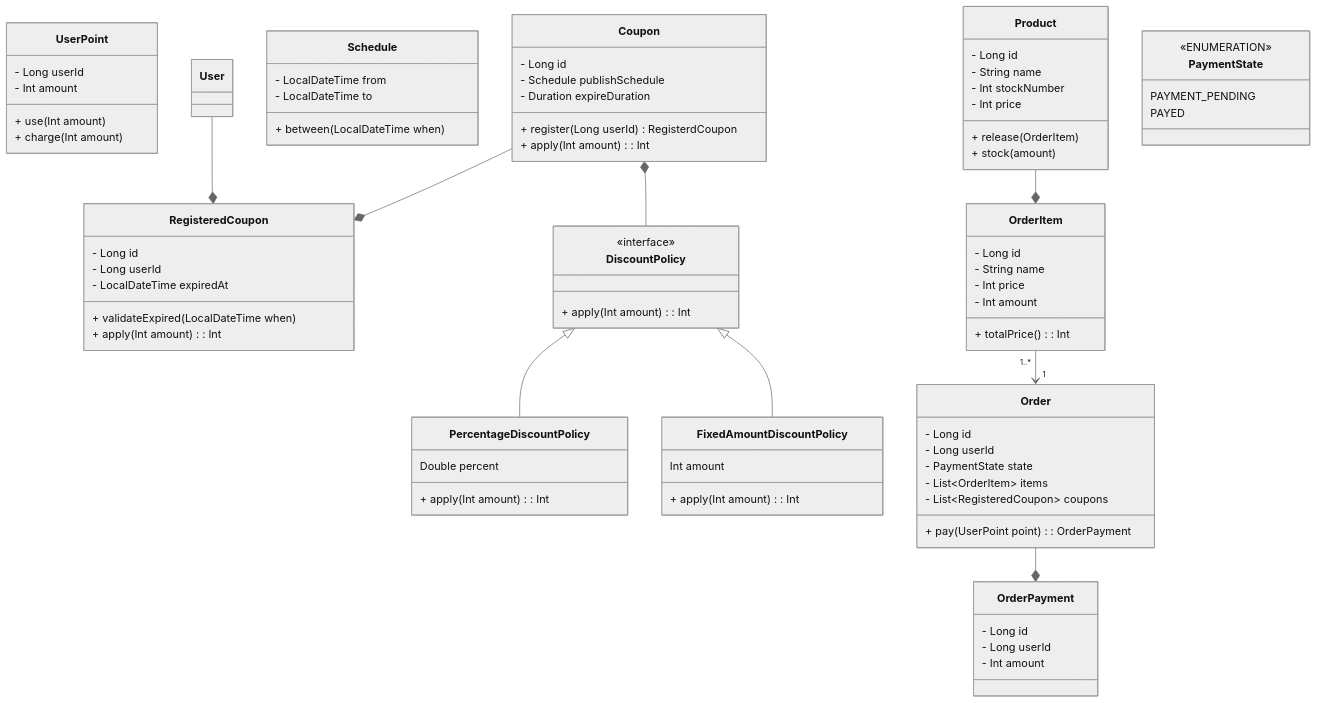
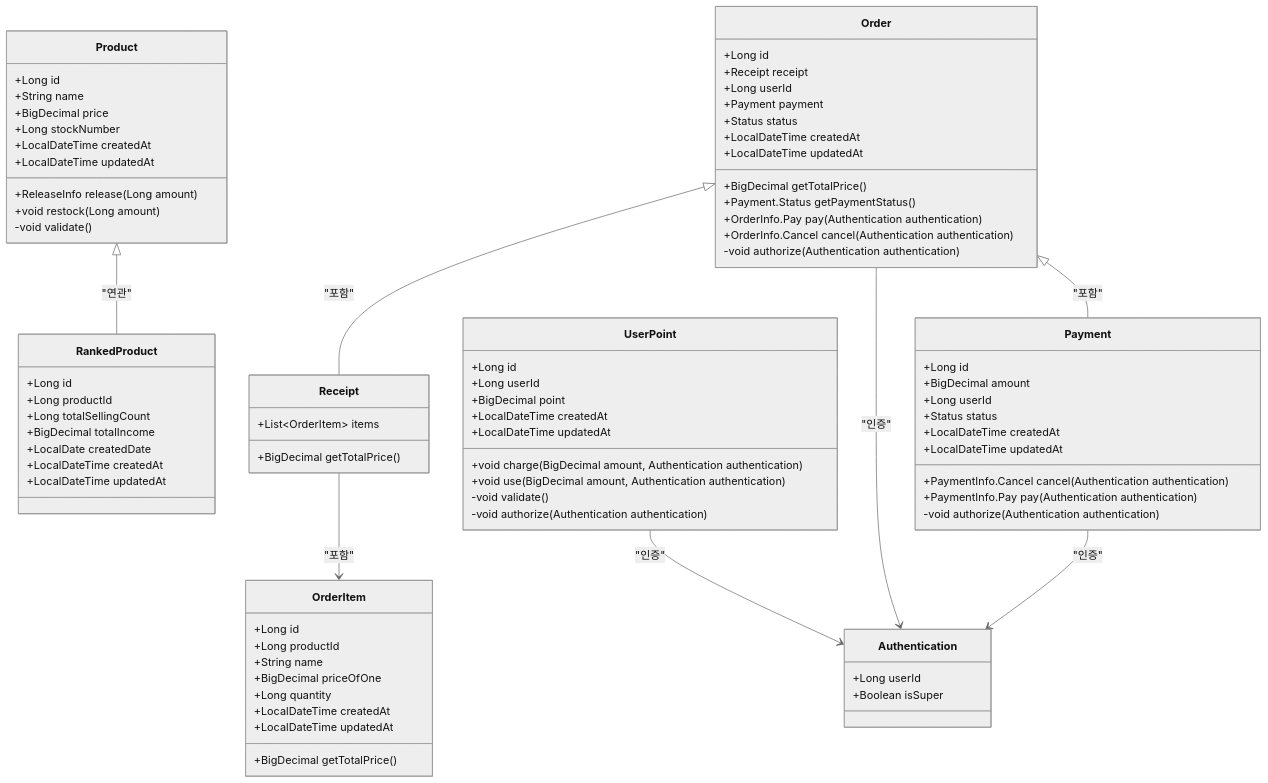
Before and after one commit to jsween5723/commerce: the diagram in docs/class/readme.md, drawn with Mermaid (neutral theme). The commit also changed other lines of this file, not shown here.

Commit message:
docs(class): 클래스 다이어그램 변경

````diff
--- a/docs/class/readme.md
+++ b/docs/class/readme.md
@@ -5,95 +1,86 @@
 ```mermaid
 classDiagram
+    class Product {
+        +Long id
+        +String name
+        +BigDecimal price
+        +Long stockNumber
+        +LocalDateTime createdAt
+        +LocalDateTime updatedAt
+        +ReleaseInfo release(Long amount)
+        +void restock(Long amount)
+        -void validate()
+    }
+
+    class RankedProduct {
+        +Long id
+        +Long productId
+        +Long totalSellingCount
+        +BigDecimal totalIncome
+        +LocalDate createdDate
+        +LocalDateTime createdAt
+        +LocalDateTime updatedAt
+    }
     class UserPoint {
-        - Long userId
-        - Int amount
-        + use(Int amount)
-        + charge(Int amount)
+        +Long id
+        +Long userId
+        +BigDecimal point
+        +LocalDateTime createdAt
+        +LocalDateTime updatedAt
+        +void charge(BigDecimal amount, Authentication authentication)
+        +void use(BigDecimal amount, Authentication authentication)
+        -void validate()
+        -void authorize(Authentication authentication)
     }
-    
-    class RegisteredCoupon {
-        - Long id
-        - Long userId
-        - LocalDateTime expiredAt
-        + validateExpired(LocalDateTime when)
-        + apply(Int amount): Int
+    class Order {
+        +Long id
+        +Receipt receipt
+        +Long userId
+        +Payment payment
+        +Status status
+        +LocalDateTime createdAt
+        +LocalDateTime updatedAt
+        +BigDecimal getTotalPrice()
+        +Payment.Status getPaymentStatus()
+        +OrderInfo.Pay pay(Authentication authentication)
+        +OrderInfo.Cancel cancel(Authentication authentication)
+        -void authorize(Authentication authentication)
     }
-    
-    
-    class Coupon {
-        - Long id
-        - Schedule publishSchedule
-        - Duration expireDuration
-        + register(Long userId) RegisterdCoupon
-        + apply(Int amount) : Int
+    class OrderItem {
+        +Long id
+        +Long productId
+        +String name
+        +BigDecimal priceOfOne
+        +Long quantity
+        +LocalDateTime createdAt
+        +LocalDateTime updatedAt
+        +BigDecimal getTotalPrice()
     }
-    
-    Coupon *-- DiscountPolicy
-    
-    class DiscountPolicy {
-        <<interface>>
-        + apply(Int amount) : Int
+    class Receipt {
+        +List~OrderItem~ items
+        +BigDecimal getTotalPrice()
     }
-    
-    class PercentageDiscountPolicy {
-        Double percent
-        + apply(Int amount) : Int
+    class Payment {
+        +Long id
+        +BigDecimal amount
+        +Long userId
+        +Status status
+        +LocalDateTime createdAt
+        +LocalDateTime updatedAt
+        +PaymentInfo.Cancel cancel(Authentication authentication)
+        +PaymentInfo.Pay pay(Authentication authentication)
+        -void authorize(Authentication authentication)
     }
-    class FixedAmountDiscountPolicy {
-        Int amount
-        + apply(Int amount) : Int
+    class Authentication {
+        +Long userId
+        +Boolean isSuper
     }
-    DiscountPolicy <|-- PercentageDiscountPolicy
-    DiscountPolicy <|-- FixedAmountDiscountPolicy
-    
-    class Schedule {
-        - LocalDateTime from
-        - LocalDateTime to
-        + between(LocalDateTime when)
-    }
-    
-    
-    User --* RegisteredCoupon
-    Coupon --* RegisteredCoupon
-    
-    class Product {
-        - Long id
-        - String name
-        - Int stockNumber
-        - Int price
-        + release(OrderItem)
-        + stock(amount)
-    }
-    
-    class OrderItem {
-        - Long id
-        - String name
-        - Int price
-        - Int amount
-        + totalPrice(): Int
-    }
-    
-    class PaymentState {
-        <<ENUMERATION>>
-        PAYMENT_PENDING
-        PAYED
-    }
-    
-    class Order {
-        - Long id
-        - Long userId
-        - PaymentState state
-        - List~OrderItem~ items
-        - List~RegisteredCoupon~ coupons
-        + pay(UserPoint point): OrderPayment
-    }
-    
-    class OrderPayment {
-        - Long id
-        - Long userId
-        - Int amount
-    }
-    Order --* OrderPayment
-    OrderItem "1..*" --> "1" Order
-    Product --* OrderItem
+
+    Product <|-- RankedProduct: "연관"
+    Order <|-- Receipt: "포함"
+    Order <|-- Payment: "포함"
+    Receipt --> OrderItem: "포함"
+    UserPoint --> Authentication: "인증"
+    Order --> Authentication: "인증"
+    Payment --> Authentication: "인증"
 ```
````
